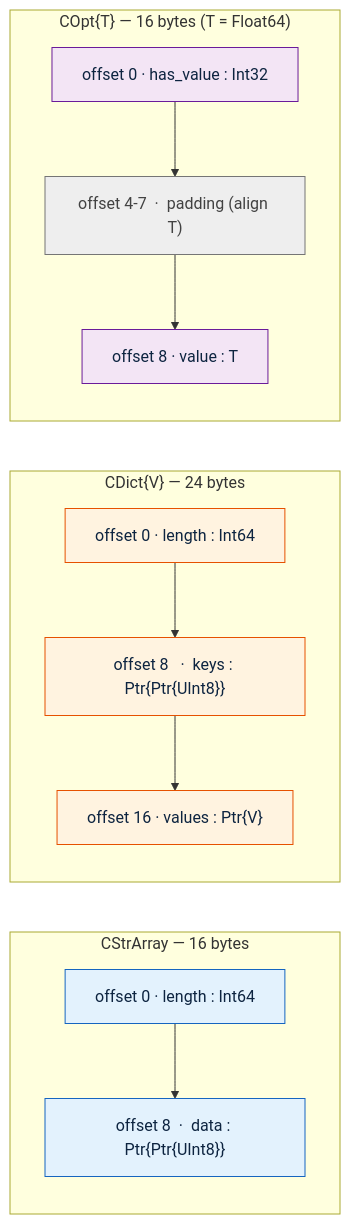
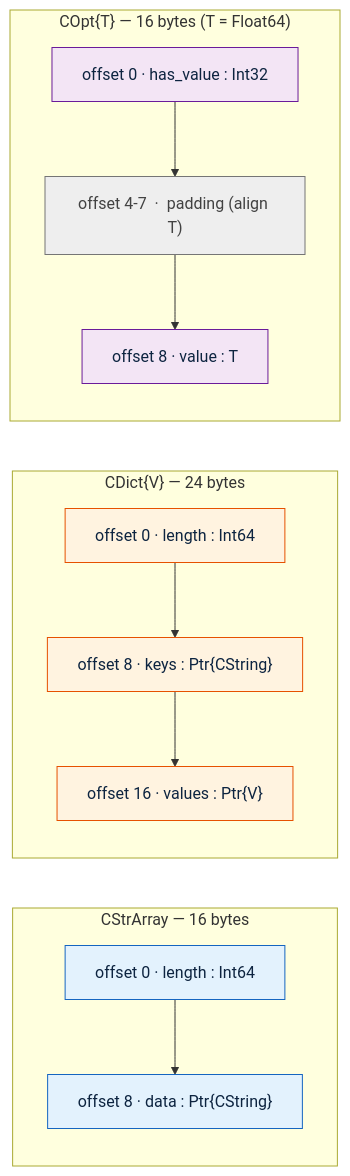
Before and after one commit to JuliaInterop/JuliaLibWrapping.jl: the diagram in JuliaLibWrapping/docs/src/assets/carrier-layouts.mmd, drawn with Mermaid. The commit also changed 19 other files, not shown here.

```diff
--- a/JuliaLibWrapping/docs/src/assets/carrier-layouts.mmd
+++ b/JuliaLibWrapping/docs/src/assets/carrier-layouts.mmd
@@ -1,32 +1,32 @@
 flowchart LR
     subgraph CStrArray["CStrArray — 16 bytes"]
         direction TB
         CSA0["offset 0  ·  length : Int64"]
-        CSA8["offset 8  ·  data : Ptr{Ptr{UInt8}}"]
+        CSA8["offset 8  ·  data : Ptr{CString}"]
         CSA0 --> CSA8
     end
 
     subgraph CDict["CDict{V} — 24 bytes"]
         direction TB
         CD0["offset 0   ·  length : Int64"]
-        CD8["offset 8   ·  keys : Ptr{Ptr{UInt8}}"]
+        CD8["offset 8   ·  keys : Ptr{CString}"]
         CD16["offset 16  ·  values : Ptr{V}"]
         CD0 --> CD8 --> CD16
     end
 
     subgraph COpt["COpt{T} — 16 bytes (T = Float64)"]
         direction TB
         CO0["offset 0    ·  has_value : Int32"]
         COp["offset 4-7  ·  padding (align T)"]
         CO8["offset 8    ·  value : T"]
         CO0 --> COp --> CO8
     end
 
     style CSA0 fill:#e3f2fd,stroke:#1565c0,color:#0d2440
     style CSA8 fill:#e3f2fd,stroke:#1565c0,color:#0d2440
     style CD0 fill:#fff3e0,stroke:#e65100,color:#0d2440
     style CD8 fill:#fff3e0,stroke:#e65100,color:#0d2440
     style CD16 fill:#fff3e0,stroke:#e65100,color:#0d2440
     style CO0 fill:#f3e5f5,stroke:#6a1b9a,color:#0d2440
     style COp fill:#eeeeee,stroke:#757575,color:#424242
     style CO8 fill:#f3e5f5,stroke:#6a1b9a,color:#0d2440
```
